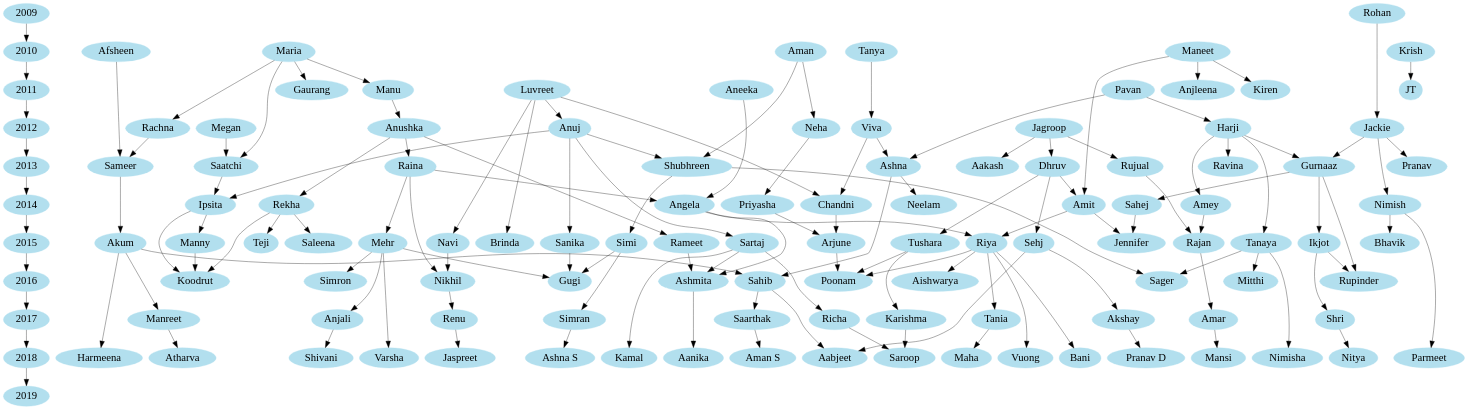
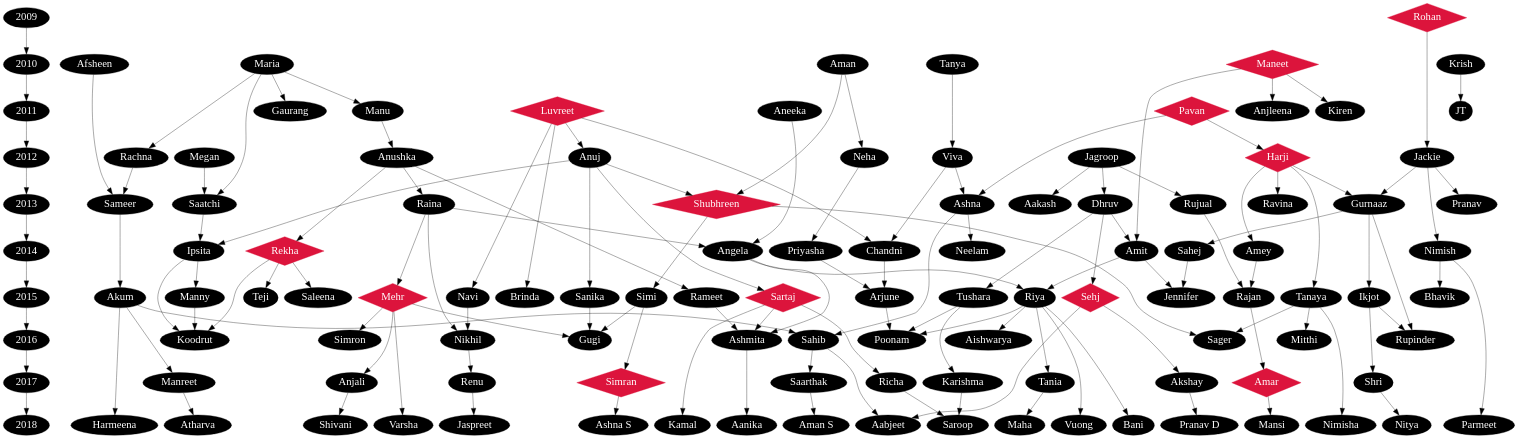
Before and after one commit to Jeetman/DRP-Family-Tree: the diagram in drp-family-tree.dot, drawn with Graphviz. The commit also changed 3 other files, not shown here.

```diff
--- a/drp-family-tree.dot
+++ b/drp-family-tree.dot
@@ -1,148 +1,178 @@
 digraph DRP {
+bgcolor=white;
 center=true;
 ranksep=.75;
-	edge [arrowsize=2.0];
-	node [color=lightblue2, fontsize=32, style=filled];
+	edge [arrowsize=2.0, color=black];
+	node [color=black, fontcolor=white,fontsize=32, style=filled];
 "2009" -> "2010"
 "2010" -> "2011"
 "2011" -> "2012"
 "2012" -> "2013"
 "2013" -> "2014"
 "2014" -> "2015"
 "2015" -> "2016"
 "2016" -> "2017"
 "2017" -> "2018"
-"2018" -> "2019"
 "Rujual" -> "Rajan"
+"Shubhreen" [shape=diamond, color=crimson]
 "Shubhreen" -> "Simi"
+"Shubhreen" [shape=diamond, color=crimson]
 "Shubhreen" -> "Sager"
 "Amey" -> "Rajan"
 "Chandni" -> "Arjune"
 "Neha" -> "Priyasha"
 "Jagroop" -> "Rujual"
 "Jagroop" -> "Dhruv"
 "Jagroop" -> "Aakash"
+"Luvreet" [shape=diamond, color=crimson]
 "Luvreet" -> "Anuj"
+"Luvreet" [shape=diamond, color=crimson]
 "Luvreet" -> "Chandni"
+"Luvreet" [shape=diamond, color=crimson]
 "Luvreet" -> "Navi"
+"Luvreet" [shape=diamond, color=crimson]
 "Luvreet" -> "Brinda"
 "Afsheen" -> "Sameer"
 "Ashna" -> "Neelam"
 "Ashna" -> "Sahib"
 "Shri" -> "Nitya"
 "Richa" -> "Saroop"
 "Manreet" -> "Atharva"
 "Nimish" -> "Bhavik"
 "Nimish" -> "Parmeet"
 "Saatchi" -> "Ipsita"
+"Harji" [shape=diamond, color=crimson]
 "Harji" -> "Gurnaaz"
+"Harji" [shape=diamond, color=crimson]
 "Harji" -> "Amey"
+"Harji" [shape=diamond, color=crimson]
 "Harji" -> "Tanaya"
+"Harji" [shape=diamond, color=crimson]
 "Harji" -> "Ravina"
 "Manu" -> "Anushka"
 "Sahej" -> "Jennifer"
 "Rameet" -> "Ashmita"
+"Amar" [shape=diamond, color=crimson]
 "Amar" -> "Mansi"
 "Aman" -> "Shubhreen"
 "Aman" -> "Neha"
 "Amit" -> "Riya"
 "Amit" -> "Jennifer"
 "Tushara" -> "Poonam"
 "Tushara" -> "Karishma"
 "Megan" -> "Saatchi"
 "Arjune" -> "Poonam"
+"Sartaj" [shape=diamond, color=crimson]
 "Sartaj" -> "Richa"
+"Sartaj" [shape=diamond, color=crimson]
 "Sartaj" -> "Ashmita"
+"Sartaj" [shape=diamond, color=crimson]
 "Sartaj" -> "Kamal"
 "Ikjot" -> "Rupinder"
 "Ikjot" -> "Shri"
 "Renu" -> "Jaspreet"
 "Akum" -> "Sahib"
 "Akum" -> "Manreet"
 "Akum" -> "Harmeena"
 "Saarthak" -> "Aman S"
 "Dhruv" -> "Sehj"
 "Dhruv" -> "Tushara"
 "Dhruv" -> "Amit"
 "Tanya" -> "Viva"
 "Nikhil" -> "Renu"
 "Angela" -> "Riya"
 "Angela" -> "Ashmita"
 "Sanika" -> "Gugi"
 "Akshay" -> "Pranav D"
 "Tania" -> "Maha"
 "Priyasha" -> "Arjune"
+"Simran" [shape=diamond, color=crimson]
 "Simran" -> "Ashna S"
 "Viva" -> "Ashna"
 "Viva" -> "Chandni"
 "Jackie" -> "Gurnaaz"
 "Jackie" -> "Pranav"
 "Jackie" -> "Nimish"
 "Raina" -> "Angela"
 "Raina" -> "Mehr"
 "Raina" -> "Nikhil"
 "Sameer" -> "Akum"
 "Gurnaaz" -> "Sahej"
 "Gurnaaz" -> "Ikjot"
 "Gurnaaz" -> "Rupinder"
+"Rohan" [shape=diamond, color=crimson]
 "Rohan" -> "Jackie"
+"Maneet" [shape=diamond, color=crimson]
 "Maneet" -> "Amit"
+"Maneet" [shape=diamond, color=crimson]
 "Maneet" -> "Anjleena"
+"Maneet" [shape=diamond, color=crimson]
 "Maneet" -> "Kiren"
 "Simi" -> "Gugi"
 "Simi" -> "Simran"
 "Riya" -> "Poonam"
 "Riya" -> "Vuong"
 "Riya" -> "Bani"
 "Riya" -> "Tania"
 "Riya" -> "Aishwarya"
 "Maria" -> "Manu"
 "Maria" -> "Rachna"
 "Maria" -> "Saatchi"
 "Maria" -> "Gaurang"
 "Anuj" -> "Shubhreen"
 "Anuj" -> "Ipsita"
 "Anuj" -> "Sanika"
 "Anuj" -> "Sartaj"
 "Ashmita" -> "Aanika"
 "Krish" -> "JT"
+"Rekha" [shape=diamond, color=crimson]
 "Rekha" -> "Koodrut"
+"Rekha" [shape=diamond, color=crimson]
 "Rekha" -> "Saleena"
+"Rekha" [shape=diamond, color=crimson]
 "Rekha" -> "Teji"
+"Sehj" [shape=diamond, color=crimson]
 "Sehj" -> "Aabjeet"
+"Sehj" [shape=diamond, color=crimson]
 "Sehj" -> "Akshay"
 "Rachna" -> "Sameer"
 "Rajan" -> "Amar"
 "Navi" -> "Nikhil"
 "Anushka" -> "Raina"
 "Anushka" -> "Rekha"
 "Anushka" -> "Rameet"
+"Mehr" [shape=diamond, color=crimson]
 "Mehr" -> "Gugi"
+"Mehr" [shape=diamond, color=crimson]
 "Mehr" -> "Anjali"
+"Mehr" [shape=diamond, color=crimson]
 "Mehr" -> "Varsha"
+"Mehr" [shape=diamond, color=crimson]
 "Mehr" -> "Simron"
+"Pavan" [shape=diamond, color=crimson]
 "Pavan" -> "Harji"
+"Pavan" [shape=diamond, color=crimson]
 "Pavan" -> "Ashna"
 "Tanaya" -> "Sager"
 "Tanaya" -> "Mitthi"
 "Tanaya" -> "Nimisha"
 "Aneeka" -> "Angela"
 "Anjali" -> "Shivani"
 "Sahib" -> "Aabjeet"
 "Sahib" -> "Saarthak"
 "Karishma" -> "Saroop"
 "Manny" -> "Koodrut"
 "Ipsita" -> "Manny"
 "Ipsita" -> "Koodrut"
 {rank=same "2009" "Rohan"}
 {rank=same "2010" "Afsheen" "Aman" "Tanya" "Maneet" "Maria" "Krish"}
 {rank=same "2011" "Luvreet" "Manu" "Pavan" "Aneeka"}
 {rank=same "2012" "Neha" "Jagroop" "Harji" "Megan" "Viva" "Jackie" "Anuj" "Rachna" "Anushka"}
 {rank=same "2013" "Rujual" "Shubhreen" "Ashna" "Saatchi" "Dhruv" "Raina" "Sameer" "Gurnaaz"}
 {rank=same "2014" "Amey" "Chandni" "Nimish" "Sahej" "Amit" "Angela" "Priyasha" "Rekha" "Ipsita"}
 {rank=same "2015" "Rameet" "Tushara" "Arjune" "Sartaj" "Ikjot" "Akum" "Sanika" "Simi" "Riya" "Brinda" "Sehj" "Rajan" "Navi" "Mehr" "Tanaya" "Manny"}
 {rank=same "2016" "Nikhil" "Ashmita" "Sahib"}
 {rank=same "2017" "Shri" "Richa" "Manreet" "Amar" "Renu" "Saarthak" "Akshay" "Tania" "Simran" "Anjali" "Karishma"}
 {rank=same "2018" "Varsha" "Nimisha" "Shivani" "Harmeena" "Bani" "Saroop" "Kamal" "Aman S" "Maha" "Parmeet" "Nitya" "Pranav D" "Vuong" "Aabjeet" "Atharva" "Ashna S" "Aanika" "Jaspreet"}
 {rank=source "Rohan" "2009"}
 }
```
